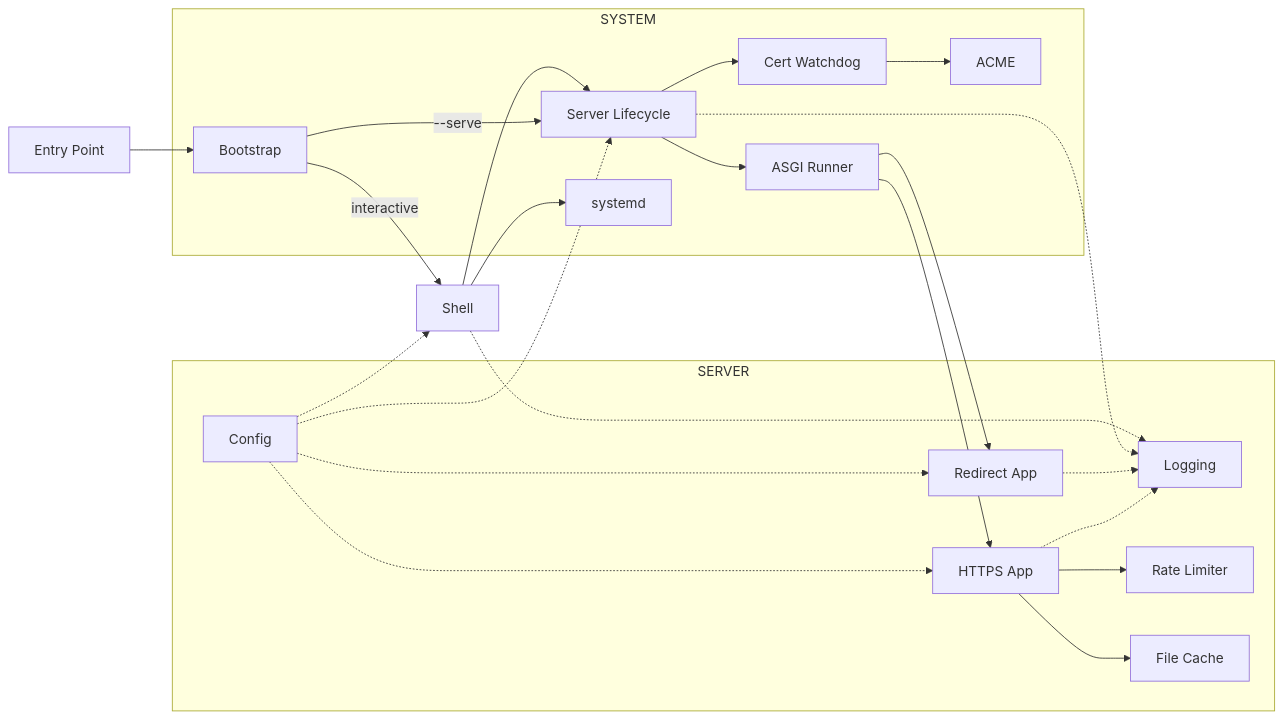
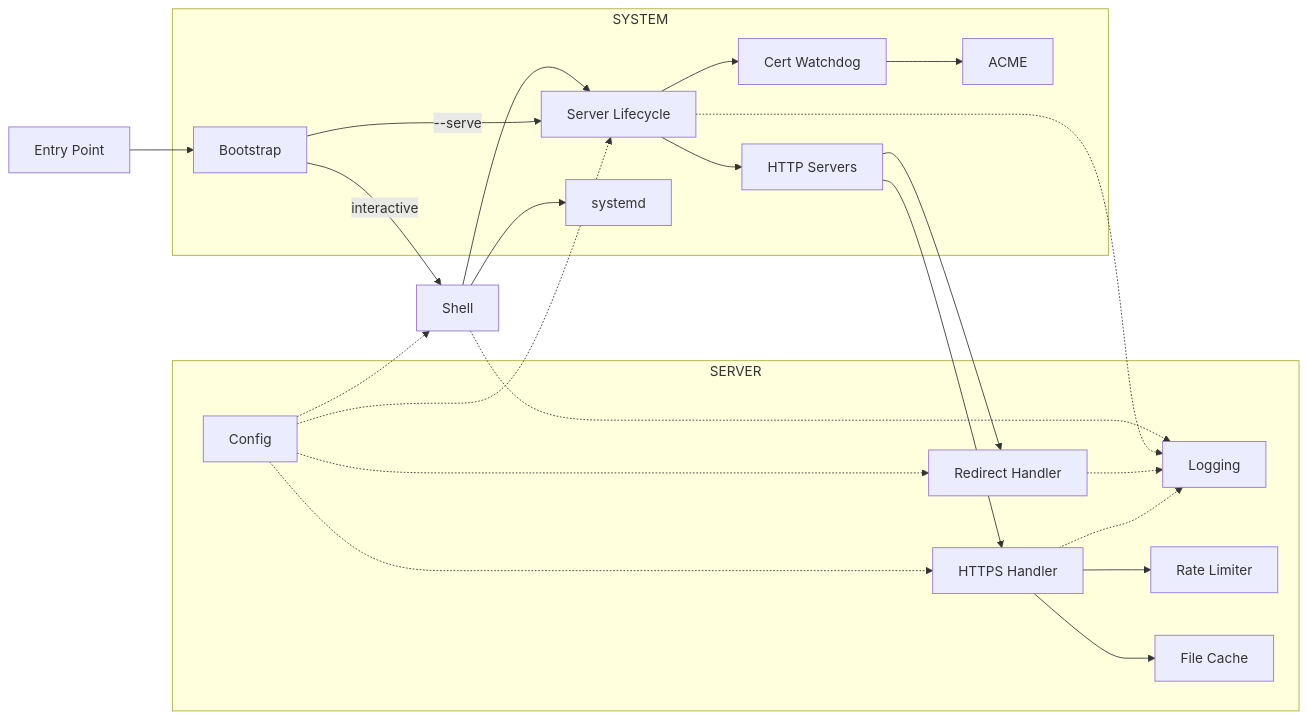
One commit to andy-emerson/Servette changed the diagram in docs/architecture.md. Above: the diagram before and after it, drawn with Mermaid. The commit also changed other lines of this file and 5 other files, not shown here.

````diff
--- a/docs/architecture.md
+++ b/docs/architecture.md
@@ -15,51 +15,51 @@
 ```mermaid
 graph LR
     EP[Entry Point]
 
     subgraph SERVER
         CFG[Config]
         LOG[Logging]
         RL[Rate Limiter]
         FC[File Cache]
-        HTTPS[HTTPS App]
-        HTTP[Redirect App]
+        HTTPS[HTTPS Handler]
+        HTTP[Redirect Handler]
     end
 
     subgraph SYSTEM
         BS[Bootstrap]
         SRV[Server Lifecycle]
-        ASG[ASGI Runner]
+        ASG[HTTP Servers]
         CW[Cert Watchdog]
         ACME[ACME]
         SD[systemd]
     end
 
     SH[Shell]
 
     CFG -.-> HTTPS
     CFG -.-> HTTP
     CFG -.-> SRV
     CFG -.-> SH
 
     EP --> BS
     BS -->|--serve| SRV
     BS -->|interactive| SH
 
     SH --> SRV
     SH --> SD
 
     SRV --> ASG
     SRV --> CW
     ASG --> HTTPS
     ASG --> HTTP
 
     CW --> ACME
 
     HTTPS --> RL
     HTTPS --> FC
 
     HTTPS -.-> LOG
     HTTP -.-> LOG
     SRV -.-> LOG
     SH -.-> LOG
 ```
````
